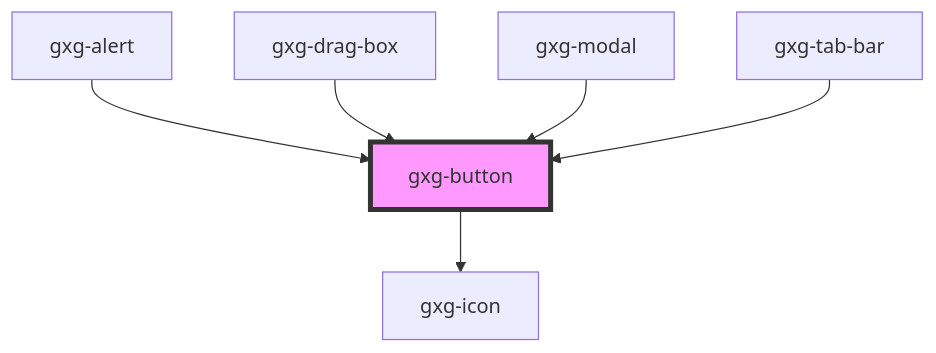
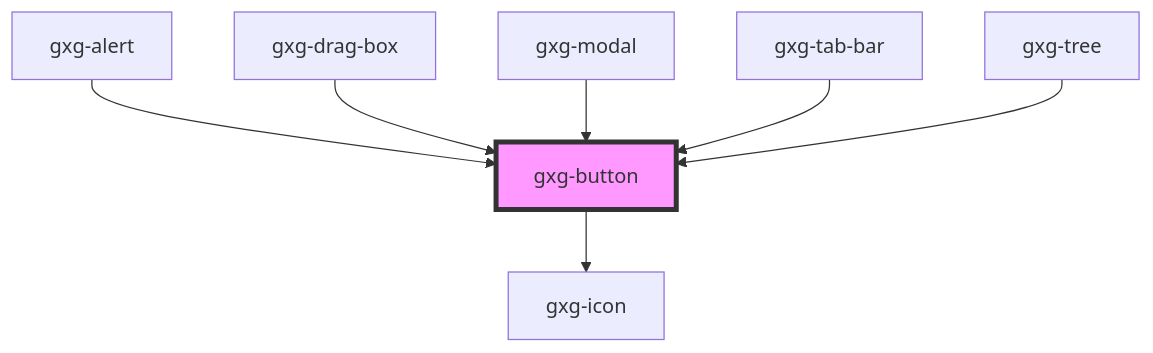
One commit to genexuslabs/gemini changed the diagram in src/components/button/readme.md. Above: the diagram before and after it, drawn with Mermaid. The commit also changed other lines of this file and 8 other files, not shown here.

````diff
--- a/src/components/button/readme.md
+++ b/src/components/button/readme.md
@@ -32,9 +33,10 @@
 ```mermaid
 graph TD;
   gxg-button --> gxg-icon
   gxg-alert --> gxg-button
   gxg-drag-box --> gxg-button
   gxg-modal --> gxg-button
   gxg-tab-bar --> gxg-button
+  gxg-tree --> gxg-button
   style gxg-button fill:#f9f,stroke:#333,stroke-width:4px
 ```
````
